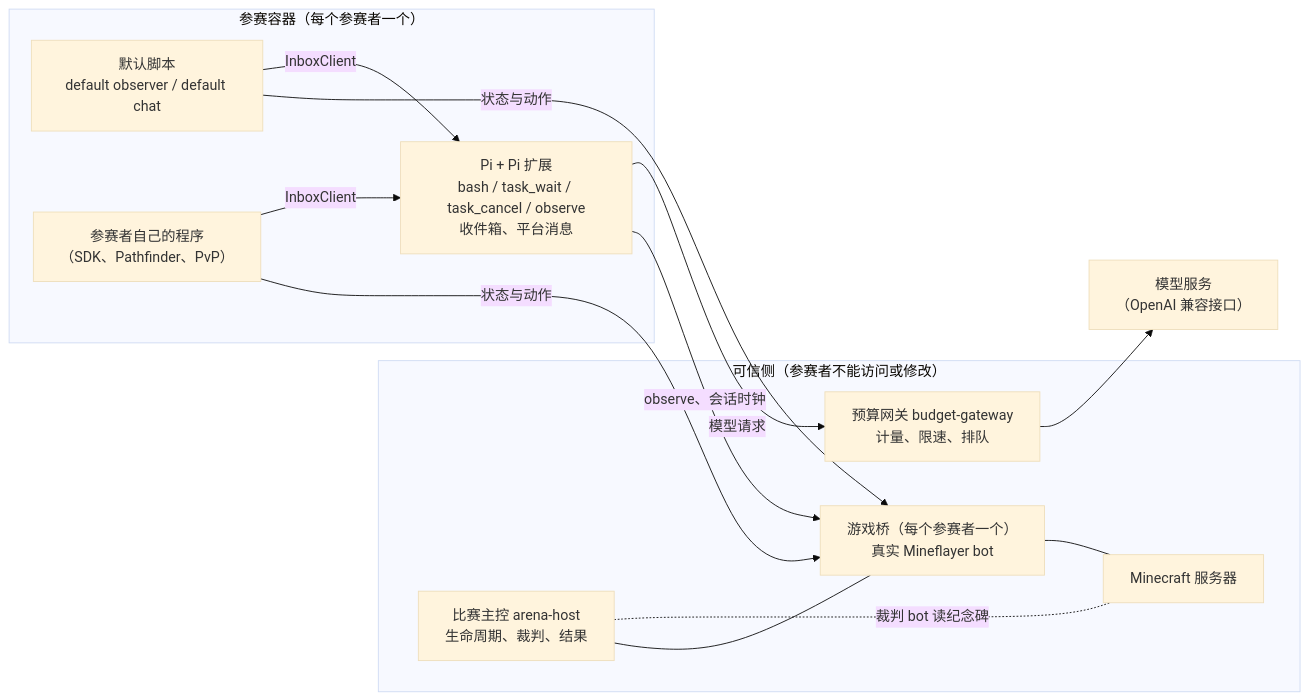
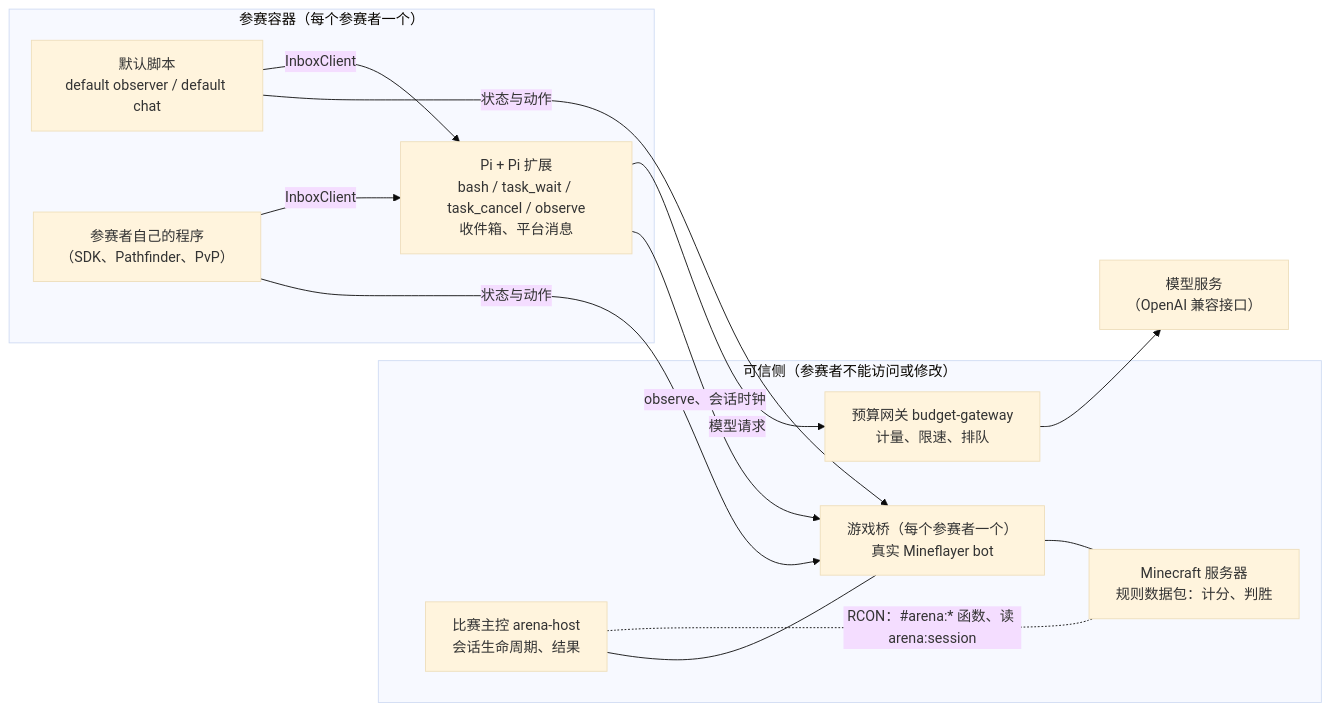
Before and after one commit to ueagohbbcd/craft-arena: the diagram in README.md, drawn with Mermaid (base theme). The commit also changed other lines of this file and 59 other files, not shown here.

````diff
--- a/README.md
+++ b/README.md
@@ -7,25 +7,25 @@
 ```mermaid
 flowchart LR
   subgraph trusted["可信侧（参赛者不能访问或修改）"]
-    host["比赛主控 arena-host<br/>生命周期、裁判、结果"]
+    host["比赛主控 arena-host<br/>会话生命周期、结果"]
     bridge["游戏桥（每个参赛者一个）<br/>真实 Mineflayer bot"]
     gateway["预算网关 budget-gateway<br/>计量、限速、排队"]
-    mc["Minecraft 服务器"]
+    mc["Minecraft 服务器<br/>规则数据包：计分、判胜"]
     host --- bridge
     bridge --- mc
-    host -. "裁判 bot 读纪念碑" .- mc
+    host -. "RCON：#arena:* 函数、读 arena:session" .- mc
   end
   subgraph box["参赛容器（每个参赛者一个）"]
     pi["Pi + Pi 扩展<br/>bash / task_wait / task_cancel / observe<br/>收件箱、平台消息"]
     scripts["默认脚本<br/>default observer / default chat"]
     progs["参赛者自己的程序<br/>（SDK、Pathfinder、PvP）"]
   end
   upstream["模型服务<br/>（OpenAI 兼容接口）"]
   scripts -- "状态与动作" --> bridge
   progs -- "状态与动作" --> bridge
   pi -- "observe、会话时钟" --> bridge
   pi -- "模型请求" --> gateway
   gateway --> upstream
   scripts -- "InboxClient" --> pi
   progs -- "InboxClient" --> pi
 ```
````
